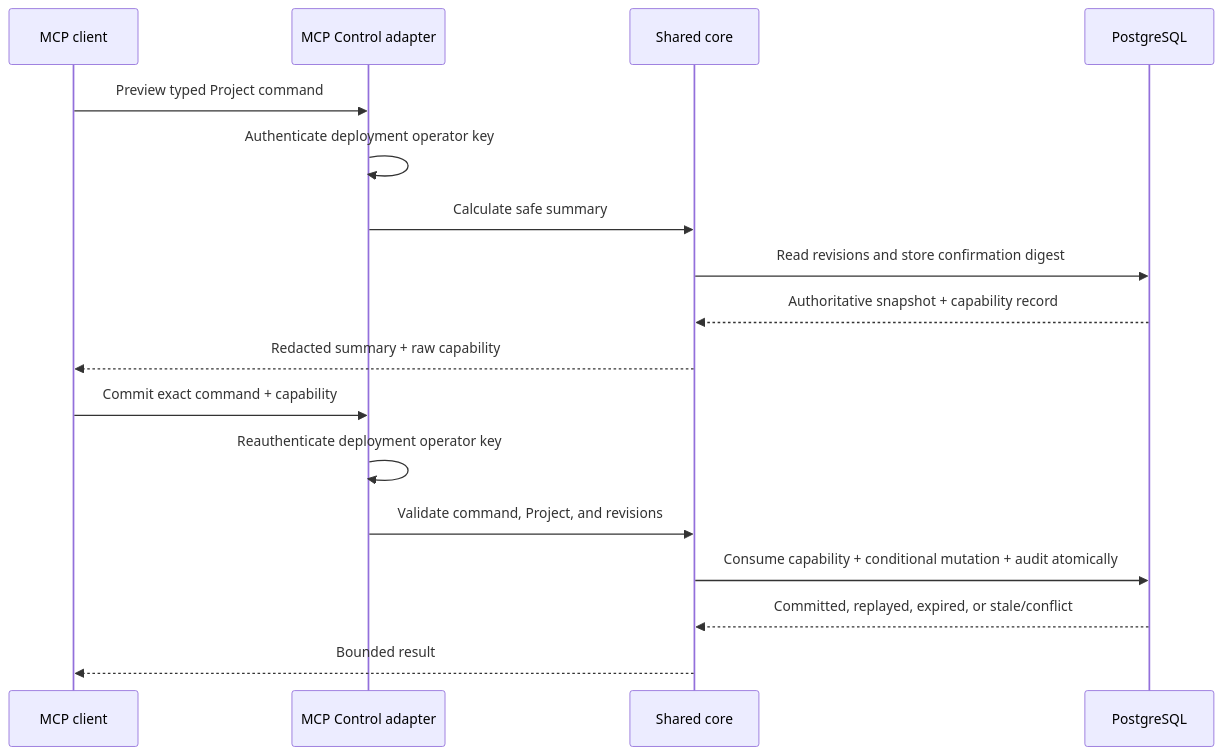
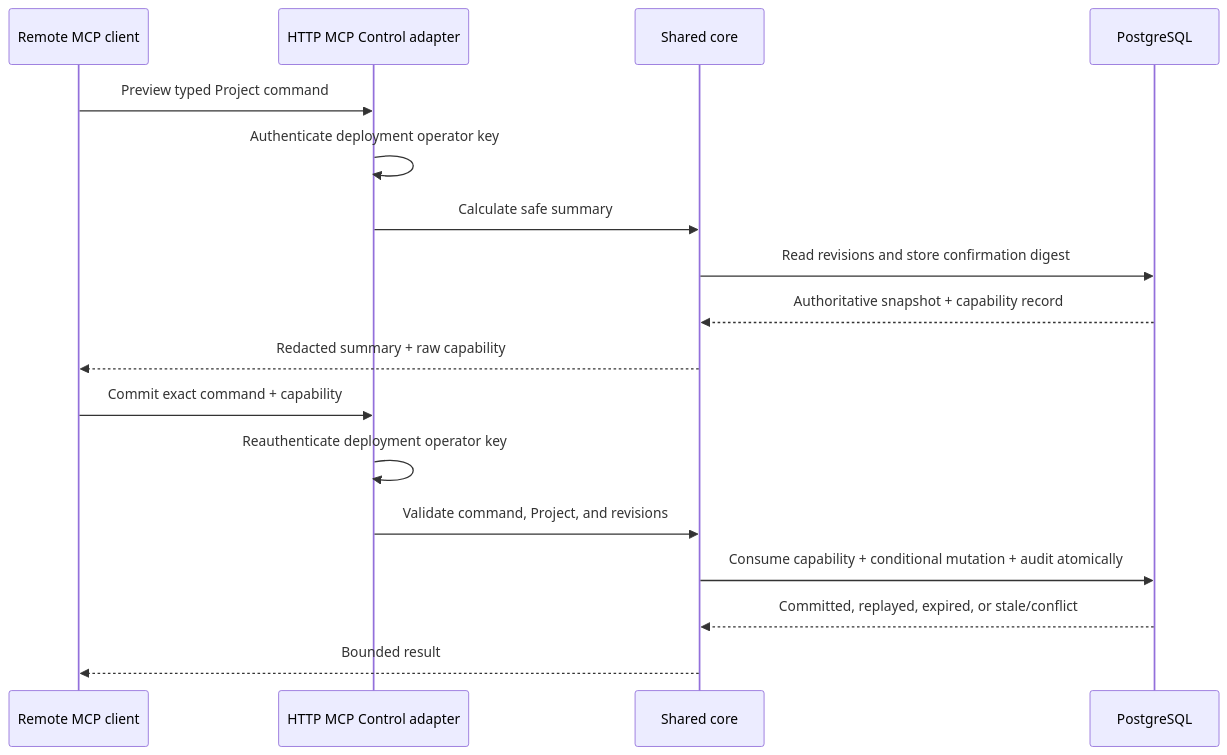
Before and after one commit to owlfoundry/owlauth: the second of 2 diagrams in spec/07-cli-and-mcp-boundaries.md, drawn with Mermaid. The commit also changed other lines of this file and 123 other files, not shown here.

````diff
--- a/spec/07-cli-and-mcp-boundaries.md
+++ b/spec/07-cli-and-mcp-boundaries.md
@@ -103,20 +178,20 @@
 ```mermaid
 sequenceDiagram
-    participant Agent as MCP client
-    participant Adapter as MCP Control adapter
+    participant Agent as Remote MCP client
+    participant Adapter as HTTP MCP Control adapter
     participant Core as Shared core
     participant PG as PostgreSQL
 
     Agent->>Adapter: Preview typed Project command
     Adapter->>Adapter: Authenticate deployment operator key
     Adapter->>Core: Calculate safe summary
     Core->>PG: Read revisions and store confirmation digest
     PG-->>Core: Authoritative snapshot + capability record
     Core-->>Agent: Redacted summary + raw capability
     Agent->>Adapter: Commit exact command + capability
     Adapter->>Adapter: Reauthenticate deployment operator key
     Adapter->>Core: Validate command, Project, and revisions
     Core->>PG: Consume capability + conditional mutation + audit atomically
     PG-->>Core: Committed, replayed, expired, or stale/conflict
     Core-->>Agent: Bounded result
 ```
````
